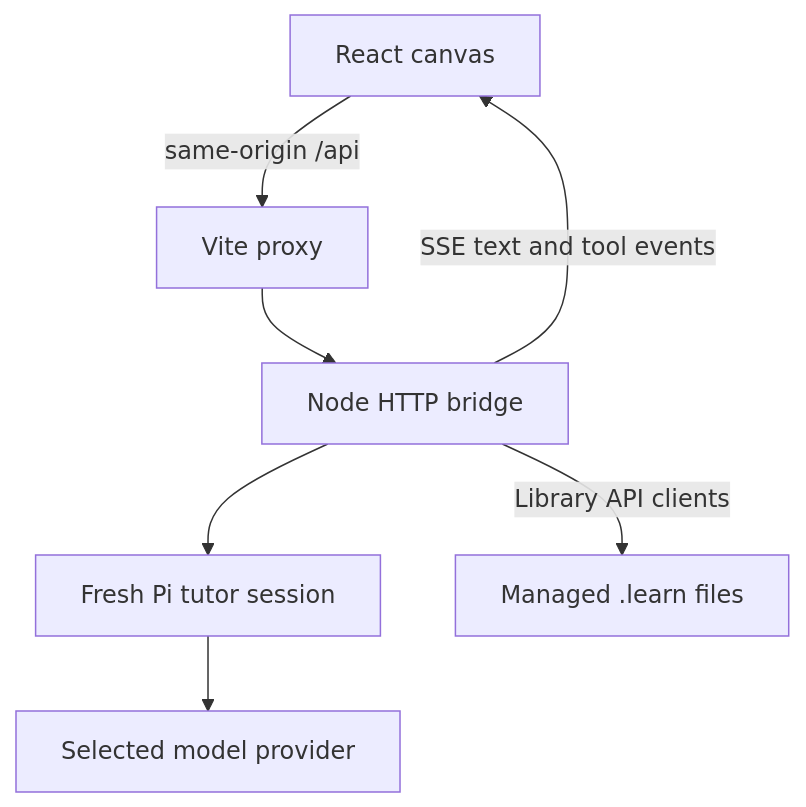
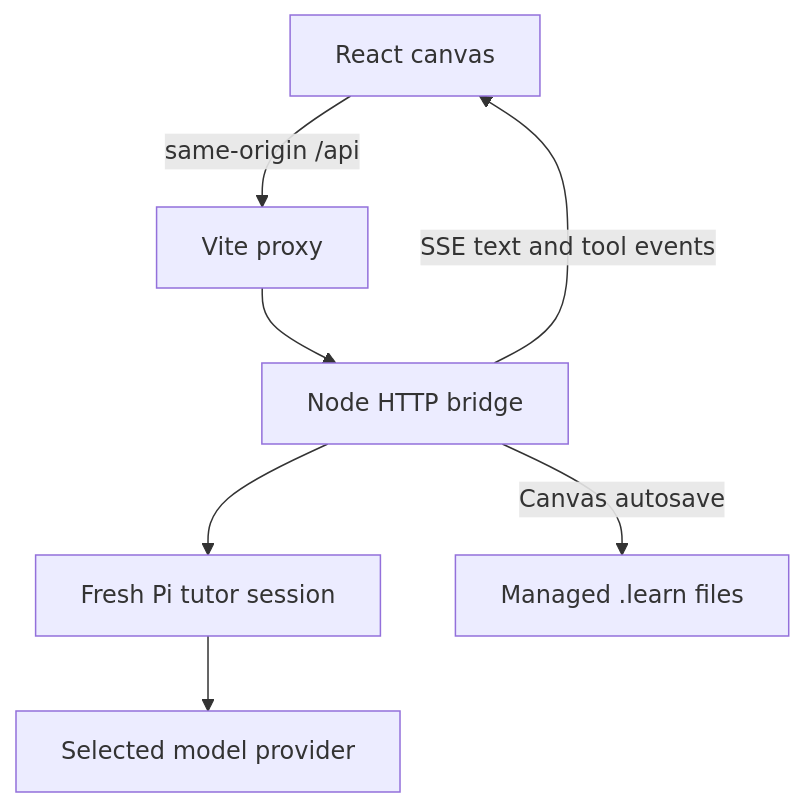
Before and after one commit to rinaldo-rex/learnvas: the diagram in docs/development.md, drawn with Mermaid. The commit also changed other lines of this file and 14 other files, not shown here.

````diff
--- a/docs/development.md
+++ b/docs/development.md
@@ -23,9 +23,9 @@
 ```mermaid
 flowchart TD
   A[React canvas] -->|same-origin /api| B[Vite proxy]
   B --> C[Node HTTP bridge]
   C --> D[Fresh Pi tutor session]
-  C -->|Library API clients| F[Managed .learn files]
+  C -->|Canvas autosave| F[Managed .learn files]
   D --> E[Selected model provider]
   C -->|SSE text and tool events| A
 ```
````
